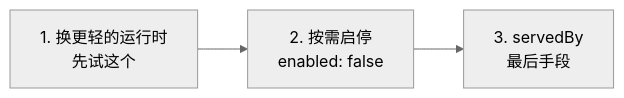
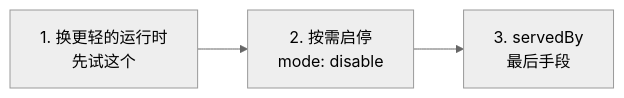
One commit to brickKit/brickKit changed the diagram in docs/zh/07-patterns/06-servedby-deployment-checklist.md. Above: the diagram before and after it, drawn with Mermaid (neutral theme). The commit also changed other lines of this file and 55 other files, not shown here.

````diff
--- a/docs/zh/07-patterns/06-servedby-deployment-checklist.md
+++ b/docs/zh/07-patterns/06-servedby-deployment-checklist.md
@@ -23,4 +23,4 @@
 ```mermaid
 graph LR
-    A["1. 换更轻的运行时<br/>先试这个"] --> B["2. 按需启停<br/>enabled: false"] --> C["3. servedBy<br/>最后手段"]
+    A["1. 换更轻的运行时<br/>先试这个"] --> B["2. 按需启停<br/>mode: disable"] --> C["3. servedBy<br/>最后手段"]
 ```
````
